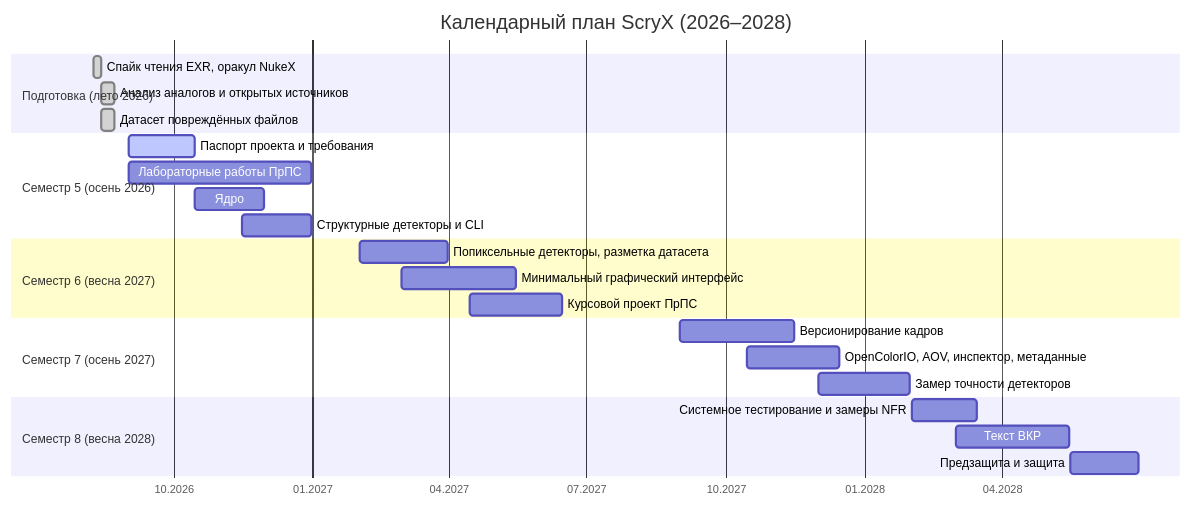
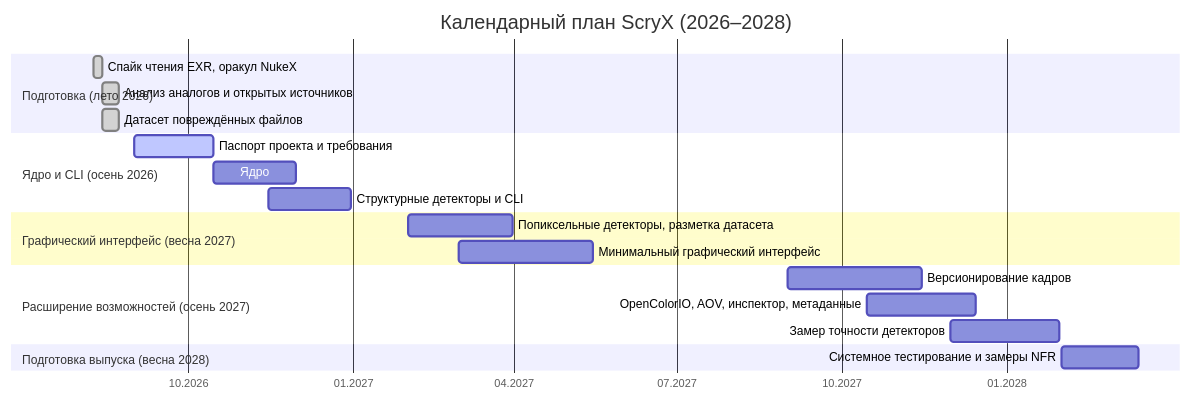
Before and after one commit to kotysheff/ScryX: the third of 3 diagrams in docs/thesis_passport.md, drawn with Mermaid. The commit also changed other lines of this file and 6 other files, not shown here.

````diff
--- a/docs/thesis_passport.md
+++ b/docs/thesis_passport.md
@@ -339,32 +340,28 @@
 ```mermaid
 gantt
     title Календарный план ScryX (2026–2028)
     dateFormat YYYY-MM-DD
     axisFormat %m.%Y
 
     section Подготовка (лето 2026)
     Спайк чтения EXR, оракул NukeX            :done, p1, 2026-08-09, 2026-08-14
     Анализ аналогов и открытых источников     :done, p2, 2026-08-14, 2026-08-23
     Датасет повреждённых файлов                :done, p3, 2026-08-14, 2026-08-23
 
-    section Семестр 5 (осень 2026)
+    section Ядро и CLI (осень 2026)
     Паспорт проекта и требования               :active, s5a, 2026-09-01, 2026-10-15
-    Лабораторные работы ПрПС                   :s5b, 2026-09-01, 2026-12-31
     Ядро: распознавание и чтение последовательностей :s5c, 2026-10-15, 2026-11-30
     Структурные детекторы и CLI                :s5d, 2026-11-15, 2026-12-31
 
-    section Семестр 6 (весна 2027)
+    section Графический интерфейс (весна 2027)
     Попиксельные детекторы, разметка датасета  :s6a, 2027-02-01, 2027-03-31
     Минимальный графический интерфейс          :s6b, 2027-03-01, 2027-05-15
-    Курсовой проект ПрПС                       :s6c, 2027-04-15, 2027-06-15
 
-    section Семестр 7 (осень 2027)
+    section Расширение возможностей (осень 2027)
     Версионирование кадров                     :s7a, 2027-09-01, 2027-11-15
     OpenColorIO, AOV, инспектор, метаданные    :s7b, 2027-10-15, 2027-12-15
     Замер точности детекторов                  :s7c, 2027-12-01, 2028-01-31
 
-    section Семестр 8 (весна 2028)
+    section Подготовка выпуска (весна 2028)
     Системное тестирование и замеры NFR        :s8a, 2028-02-01, 2028-03-15
-    Текст ВКР                                  :s8b, 2028-03-01, 2028-05-15
-    Предзащита и защита                        :s8c, 2028-05-16, 2028-06-30
 ```
````
